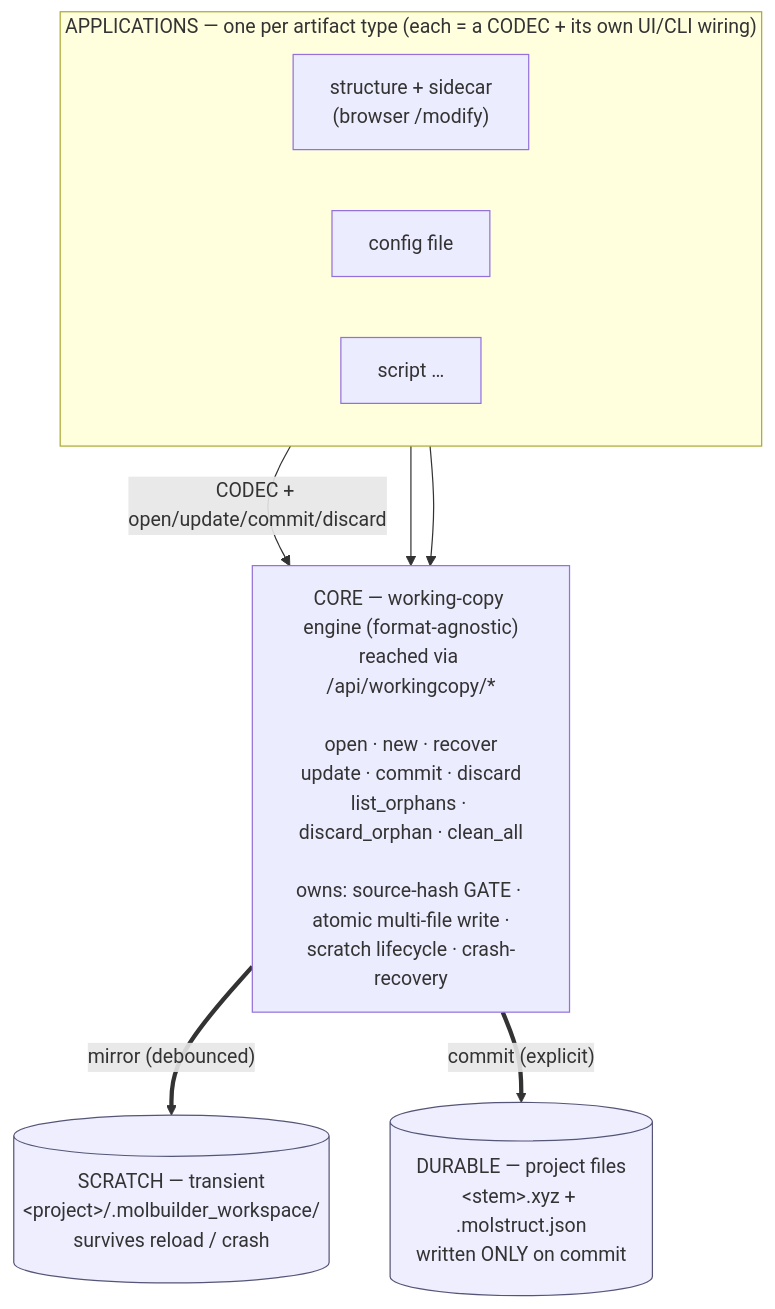
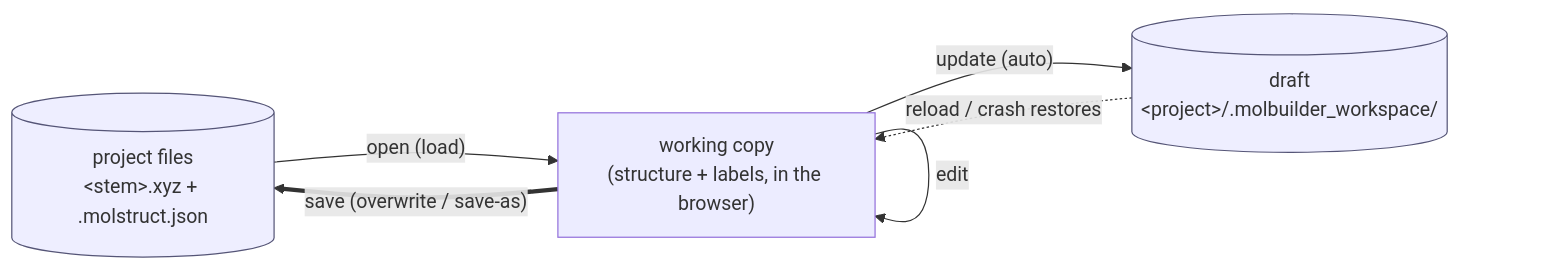
Before and after one commit to Qing-LAB/molbuilder: the first of 2 diagrams in docs/protocols/working-copy-persistence.md, drawn with Mermaid. The commit also changed other lines of this file and 2 other files, not shown here.

First line of the commit message:
docs: rewrite working-copy doc to the simple model; fix stale gate references

````diff
--- a/docs/protocols/working-copy-persistence.md
+++ b/docs/protocols/working-copy-persistence.md
@@ -93,24 +45,13 @@
 ```mermaid
-flowchart TD
-    subgraph APP["APPLICATIONS — one per artifact type (each = a CODEC + its own UI/CLI wiring)"]
-        direction LR
-        A1["structure + sidecar<br/>(browser /modify)"]
-        A2["config file"]
-        A3["script …"]
-    end
-
-    CORE["CORE — working-copy engine (format-agnostic)<br/>reached via /api/workingcopy/*<br/><br/>open · new · recover<br/>update · commit · discard<br/>list_orphans · discard_orphan · clean_all<br/><br/>owns: source-hash GATE · atomic multi-file write ·<br/>scratch lifecycle · crash-recovery"]
-
-    SCR[("SCRATCH — transient<br/>&lt;project&gt;/.molbuilder_workspace/<br/>survives reload / crash")]
-    DUR[("DURABLE — project files<br/>&lt;stem&gt;.xyz + .molstruct.json<br/>written ONLY on commit")]
-
-    A1 -- "CODEC + open/update/commit/discard" --> CORE
-    A2 --> CORE
-    A3 --> CORE
-
-    CORE == "mirror (debounced)" ==> SCR
-    CORE == "commit (explicit)" ==> DUR
-
+flowchart LR
+    F[("project files<br/>&lt;stem&gt;.xyz + .molstruct.json")]
+    WC["working copy<br/>(structure + labels, in the browser)"]
+    D[("draft<br/>&lt;project&gt;/.molbuilder_workspace/")]
+    F -- "open (load)" --> WC
+    WC -- "edit" --> WC
+    WC -- "update (auto)" --> D
+    D -. "reload / crash restores" .-> WC
+    WC == "save (overwrite / save-as)" ==> F
     classDef store fill:#eef,stroke:#557;
-    class SCR,DUR store;
+    class F,D store;
 ```
````
